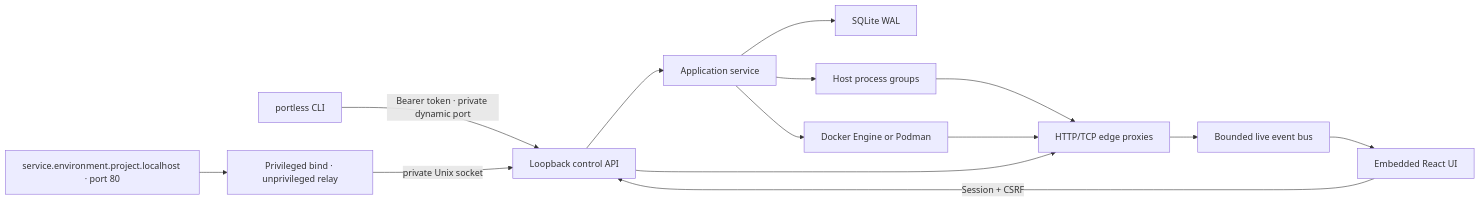
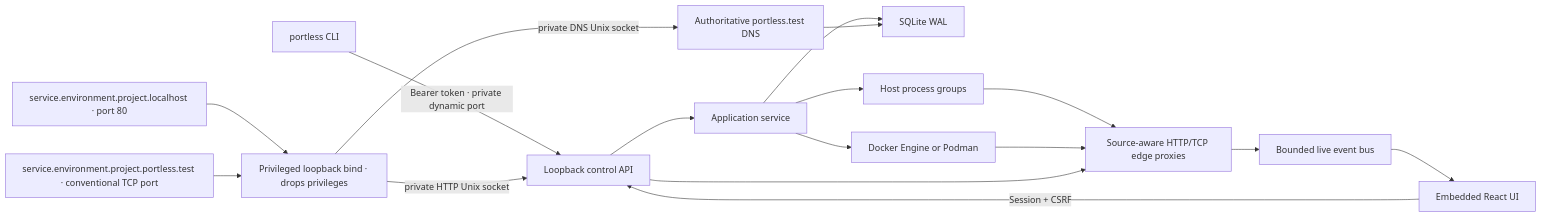
Before and after one commit to runportless/portless: the diagram in README.md, drawn with Mermaid. The commit also changed other lines of this file and 65 other files, not shown here.

````diff
--- a/README.md
+++ b/README.md
@@ -278,16 +299,19 @@
 ```mermaid
 flowchart LR
   CLI["portless CLI"] -->|"Bearer token · private dynamic port"| API["Loopback control API"]
   UI["Embedded React UI"] -->|"Session + CSRF"| API
   API --> APP["Application service"]
   APP --> DB["SQLite WAL"]
   APP --> PROC["Host process groups"]
   APP --> CR["Docker Engine or Podman"]
-  PROC --> PROXY["HTTP/TCP edge proxies"]
+  PROC --> PROXY["Source-aware HTTP/TCP edge proxies"]
   CR --> PROXY
-  INGRESS["service.environment.project.localhost · port 80"] --> RELAY["Privileged bind · unprivileged relay"]
-  RELAY -->|"private Unix socket"| API
+  HTTP["service.environment.project.localhost · port 80"] --> RELAY["Privileged loopback bind · drops privileges"]
+  DNS["service.environment.project.portless.test · conventional TCP port"] --> RELAY
+  RELAY -->|"private HTTP Unix socket"| API
+  RELAY -->|"private DNS Unix socket"| DNSD["Authoritative portless.test DNS"]
+  DNSD --> DB
   API --> PROXY
   PROXY --> BUS["Bounded live event bus"]
   BUS --> UI
 ```
````
